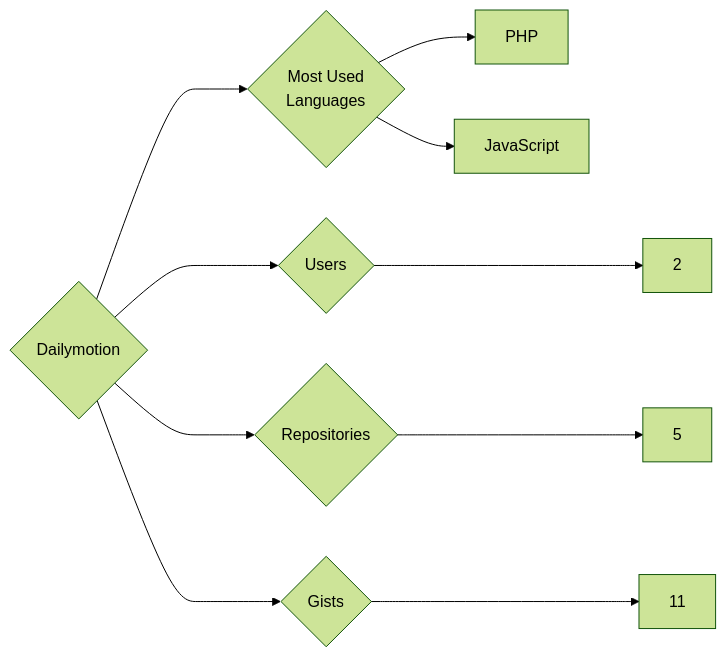
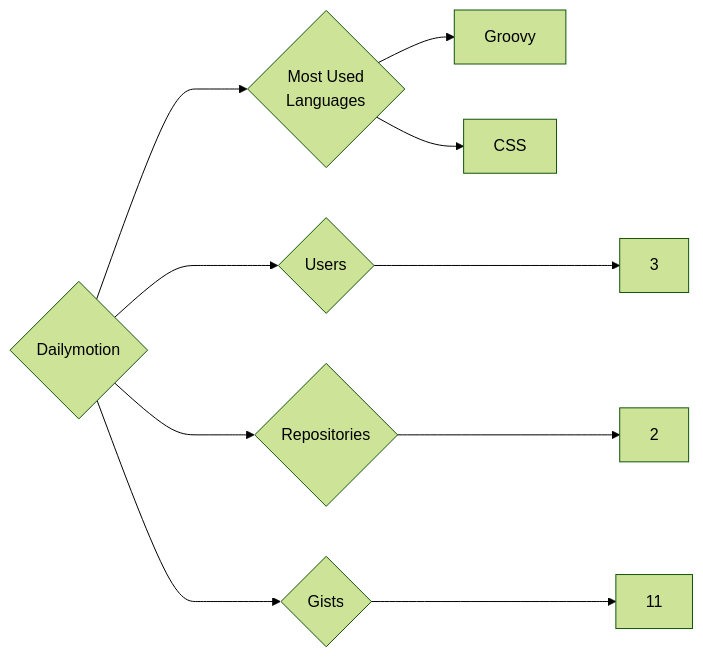
The diagram in targets/Dailymotion/README.md (trickest/insiders), drawn with Mermaid (forest theme) before and after one commit. The commit also changed 1175 other files, not shown here.

````diff
--- a/targets/Dailymotion/README.md
+++ b/targets/Dailymotion/README.md
@@ -3,10 +3,10 @@
 ```mermaid
 graph LR
 COMPANY_NAME{Dailymotion}
-COMPANY_NAME ---> U{Users} ---> UN[2]
-COMPANY_NAME ---> R{Repositories} ---> RN[5]
+COMPANY_NAME ---> U{Users} ---> UN[3]
+COMPANY_NAME ---> R{Repositories} ---> RN[2]
 COMPANY_NAME ---> G{Gists} ---> GN[11]
 COMPANY_NAME ---> ML{Most Used<br>Languages}
-ML --> PHP[PHP]
-ML --> JavaScript[JavaScript]
+ML --> Groovy[Groovy]
+ML --> CSS[CSS]
 ```
````
